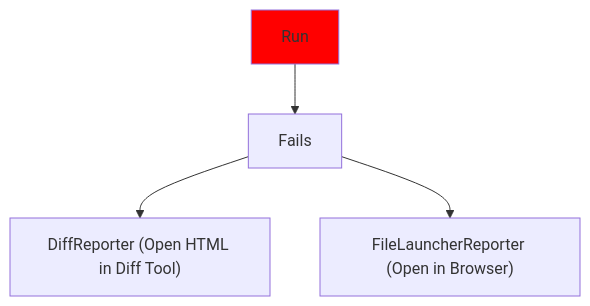
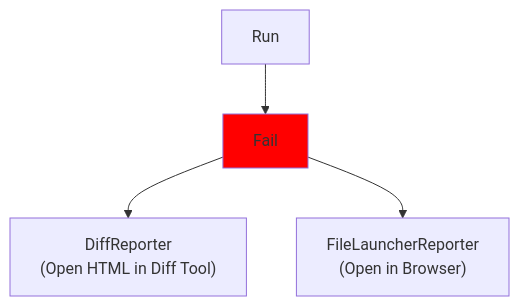
The second of 2 diagrams in approvaltests/docs/explanations/BenefitsOfDifferentReporters.md (approvals/ApprovalTests.Java), drawn with Mermaid before and after one commit. The commit also changed other lines of this file, not shown here.

````diff
--- a/approvaltests/docs/explanations/BenefitsOfDifferentReporters.md
+++ b/approvaltests/docs/explanations/BenefitsOfDifferentReporters.md
@@ -36,7 +37,7 @@
 ```mermaid
 flowchart
-Run --> Fails
-Fails --> DiffReporter["DiffReporter (Open HTML in Diff Tool)"]
-Fails --> FileLauncherReporter["FileLauncherReporter (Open in Browser)"]
-style Run fill:#f00
+Run --> Fail
+Fail --> DiffReporter["DiffReporter\n(Open HTML in Diff Tool)"]
+Fail --> FileLauncherReporter["FileLauncherReporter\n(Open in Browser)"]
+style Fail fill:#f00
 ```
````
